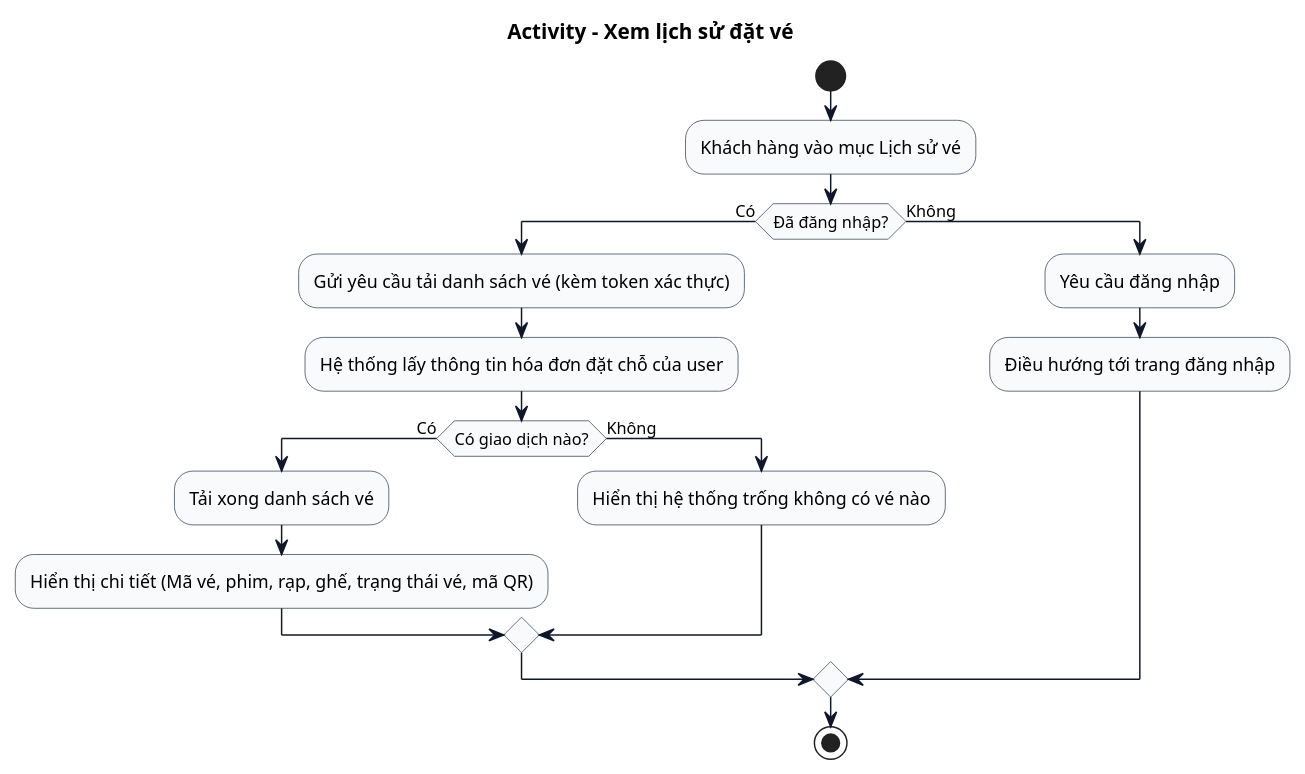
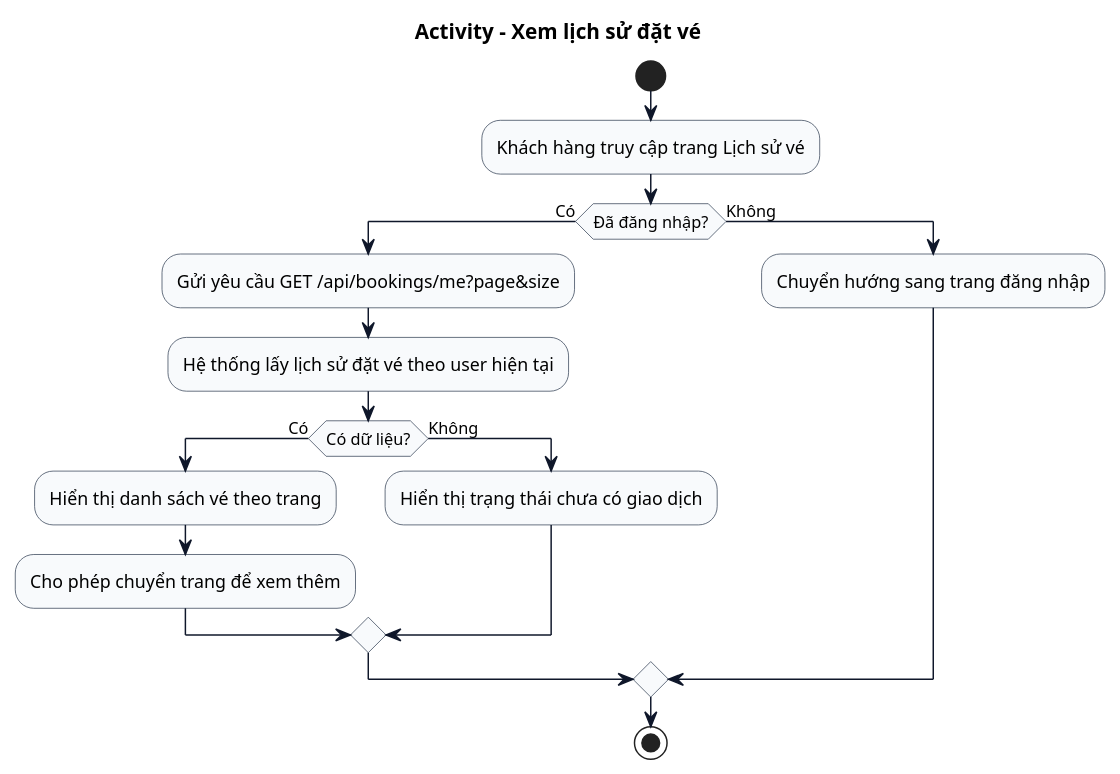
The diagram in uml/activity/activity-view-history.puml (minhat5/MeCinema), drawn with PlantUML before and after one commit. The commit also changed other lines of this file and 25 other files, not shown here.

Commit message:
add full uml

```diff
--- a/uml/activity/activity-view-history.puml
+++ b/uml/activity/activity-view-history.puml
@@ -1,27 +1,26 @@
 @startuml
 skinparam shadowing false
 skinparam activity {
   BackgroundColor #F8FAFC
   BorderColor #334155
   ArrowColor #0F172A
 }
 
 title Activity - Xem lịch sử đặt vé
 
 start
-:Khách hàng vào mục Lịch sử vé;
+:Khách hàng truy cập trang Lịch sử vé;
 if (Đã đăng nhập?) then (Có)
-  :Gửi yêu cầu tải danh sách vé (kèm token xác thực);
-  :Hệ thống lấy thông tin hóa đơn đặt chỗ của user;
-  if (Có giao dịch nào?) then (Có)
-    :Tải xong danh sách vé;
-    :Hiển thị chi tiết (Mã vé, phim, rạp, ghế, trạng thái vé, mã QR);
+  :Gửi yêu cầu GET /api/bookings/me?page&size;
+  :Hệ thống lấy lịch sử đặt vé theo user hiện tại;
+  if (Có dữ liệu?) then (Có)
+    :Hiển thị danh sách vé theo trang;
+    :Cho phép chuyển trang để xem thêm;
   else (Không)
-    :Hiển thị hệ thống trống không có vé nào;
+    :Hiển thị trạng thái chưa có giao dịch;
   endif
 else (Không)
-  :Yêu cầu đăng nhập;
-  :Điều hướng tới trang đăng nhập;
+  :Chuyển hướng sang trang đăng nhập;
 endif
 stop
 @enduml
```
